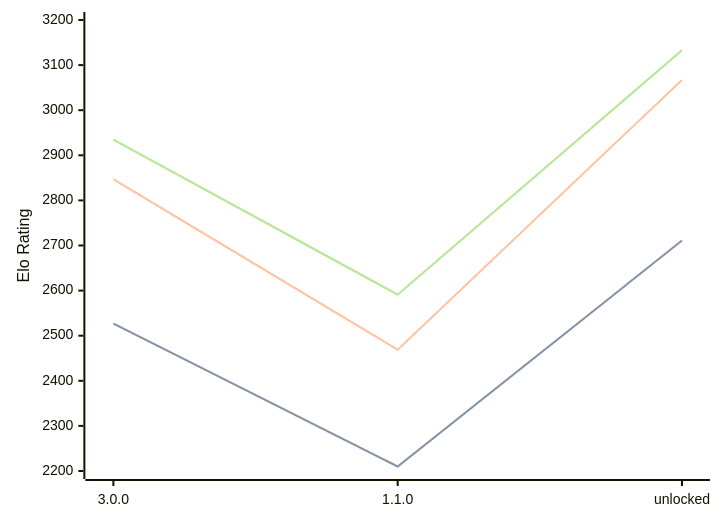
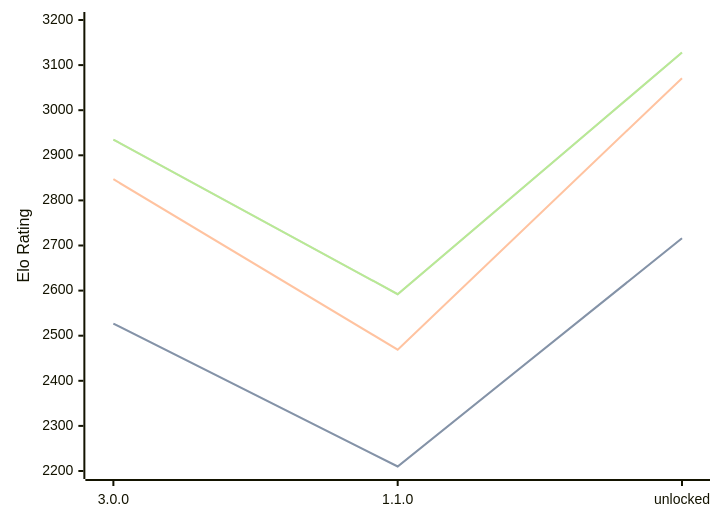
The diagram in engines/Potential.md (computer-chess-index/cci), drawn with Mermaid before and after one commit. The commit also changed other lines of this file, not shown here.

Commit message:
Update CCI Ratings (ELO VLTC) - 2026-07-31

````diff
--- a/engines/Potential.md
+++ b/engines/Potential.md
@@ -35,11 +35,11 @@
 ```mermaid
 %%{init: {"theme":"base","themeVariables":{"seriesColors:['#a3a3a3','#222221','#faa371']}}}%%
 xychart-beta
   x-axis ["3.0.0", "1.1.0", "unlocked"]
   y-axis "Elo Rating" 2200 --> 3200
-  line "STC (8.0+0.08s)" [2527, 2210, 2711]
-  line "STC (8.0+0.08s)" [2527, 2210, 2711]
-  line "LTC (60.0+0.60s)" [2847, 2469, 3067]
-  line "VLTC (2m24s+1.12s)" [2935, 2591, 3133]
-  line "VLTC (2m24s+1.12s)" [2935, 2591, 3133]
+  line "STC (8.0+0.08s)" [2527, 2210, 2716]
+  line "STC (8.0+0.08s)" [2527, 2210, 2716]
+  line "LTC (60.0+0.60s)" [2847, 2469, 3071]
+  line "VLTC (2m24s+1.12s)" [2935, 2592, 3128]
+  line "VLTC (2m24s+1.12s)" [2935, 2592, 3128]
 ```
````
